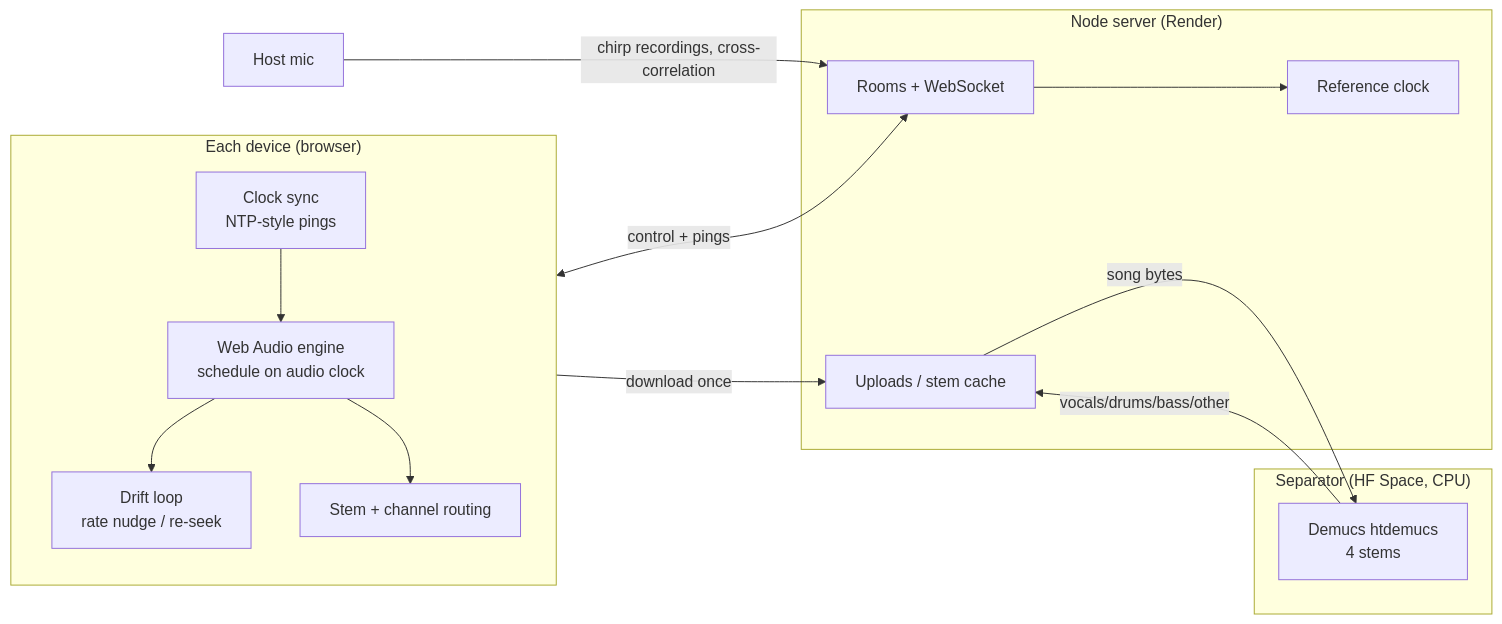
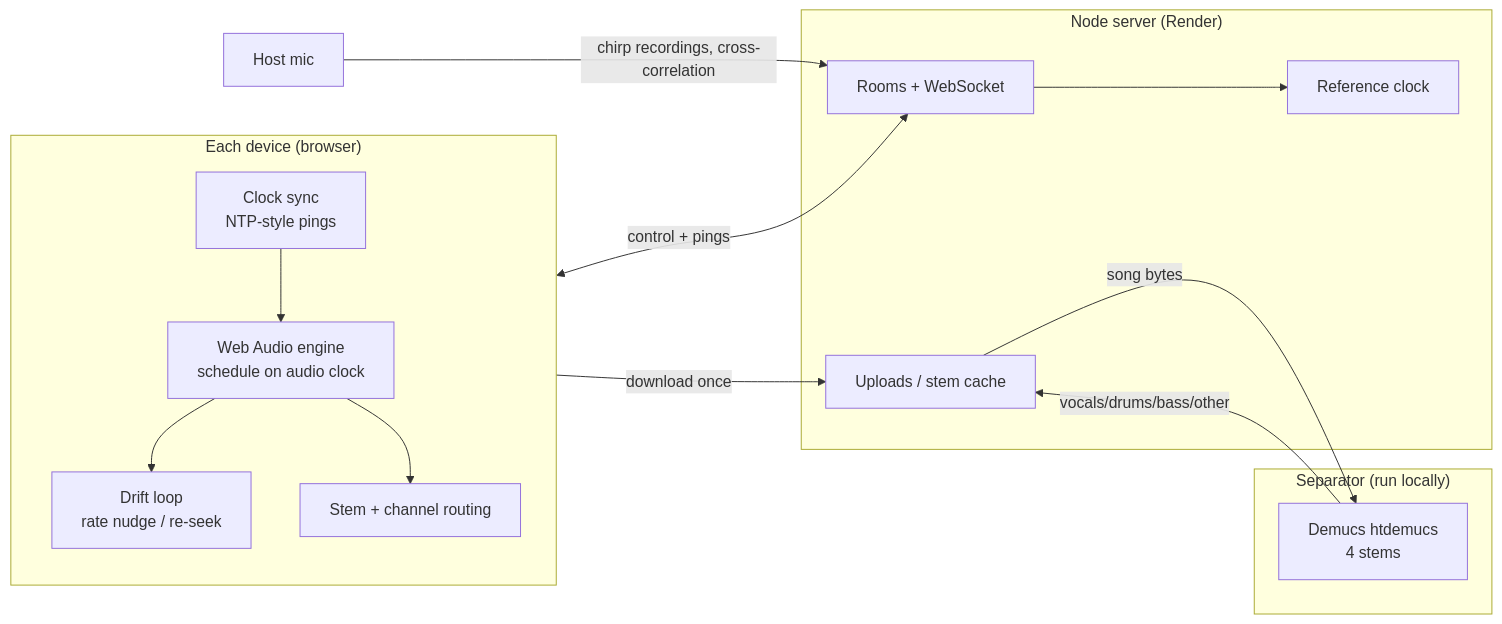
Before and after one commit to agentsc07/syncwave: the diagram in README.md, drawn with Mermaid. The commit also changed other lines of this file and 2 other files, not shown here.

````diff
--- a/README.md
+++ b/README.md
@@ -32,21 +32,21 @@
 ```mermaid
 flowchart LR
   subgraph Browser["Each device (browser)"]
     C[Clock sync<br/>NTP-style pings] --> E[Web Audio engine<br/>schedule on audio clock]
     E --> D[Drift loop<br/>rate nudge / re-seek]
     E --> S[Stem + channel routing]
   end
   subgraph Server["Node server (Render)"]
     R[Rooms + WebSocket]
     T[Reference clock]
     U[Uploads / stem cache]
   end
-  subgraph AI["Separator (HF Space, CPU)"]
+  subgraph AI["Separator (run locally)"]
     M[Demucs htdemucs<br/>4 stems]
   end
   Browser <-->|control + pings| R
   Browser -->|download once| U
   R --> T
   U -->|song bytes| M -->|vocals/drums/bass/other| U
   Host[Host mic] -->|chirp recordings, cross-correlation| R
 ```
````
